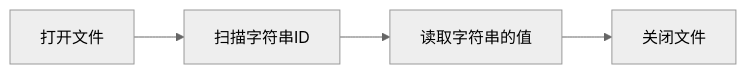
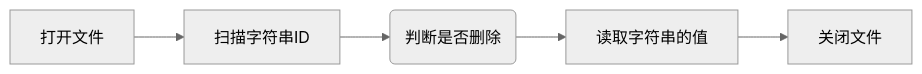
One commit to caoaolong/coding-soul-docs changed the second of 5 diagrams in docs/9.手写文本数据库1.md. Above: the diagram before and after it, drawn with Mermaid (neutral theme). The commit also changed other lines of this file and 5 other files, not shown here.

````diff
--- a/docs/9.手写文本数据库1.md
+++ b/docs/9.手写文本数据库1.md
@@ -75,4 +76,4 @@
 ```mermaid
 graph LR;
-A[打开文件] --> B[扫描字符串ID] --> C[读取字符串的值] --> D[关闭文件]
+A[打开文件] --> B[扫描字符串ID] --> B1(判断是否删除) --> C[读取字符串的值] --> D[关闭文件]
 ```
````
